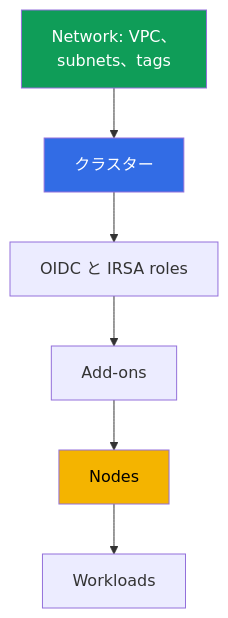
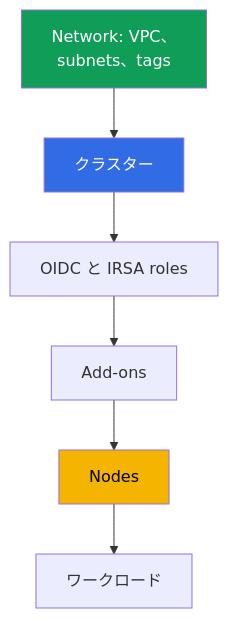
The second of 2 diagrams in tasks/eks/course/04/jp.md (ViktorUJ/cks), drawn with Mermaid before and after one commit. The commit also changed other lines of this file and 534 other files, not shown here.

````diff
--- a/tasks/eks/course/04/jp.md
+++ b/tasks/eks/course/04/jp.md
@@ -130,17 +130,17 @@
 ```mermaid
 flowchart TB
     net["Network: VPC、<br/>subnets、tags"]
     cl["クラスター"]
     idn["OIDC と IRSA roles"]
     add["Add-ons"]
     nodes["Nodes"]
-    wl["Workloads"]
+    wl["ワークロード"]
     net --> cl
     cl --> idn
     idn --> add
     add --> nodes
     nodes --> wl
     style net fill:#0f9d58,color:#fff
     style cl fill:#326ce5,color:#fff
     style nodes fill:#f4b400,color:#000
 ```
````
